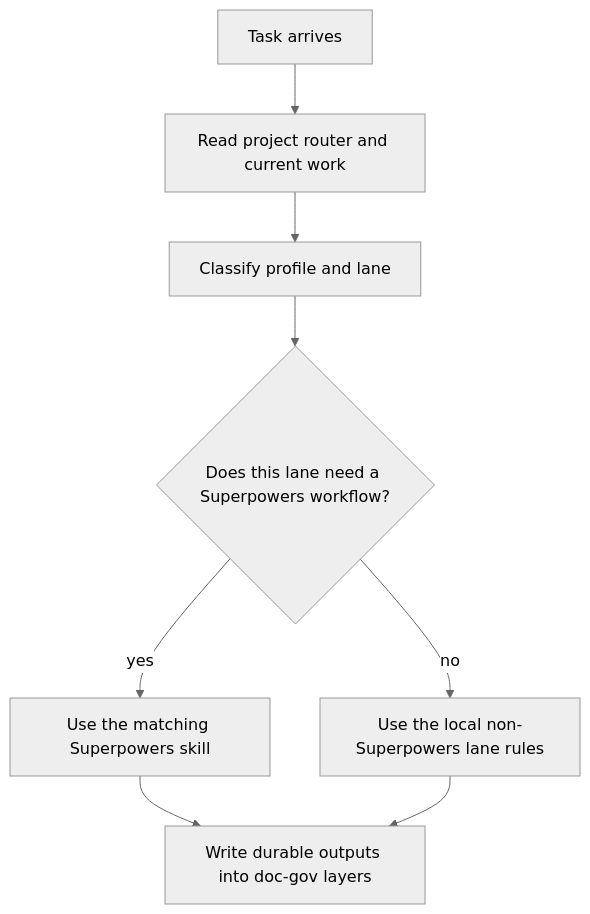
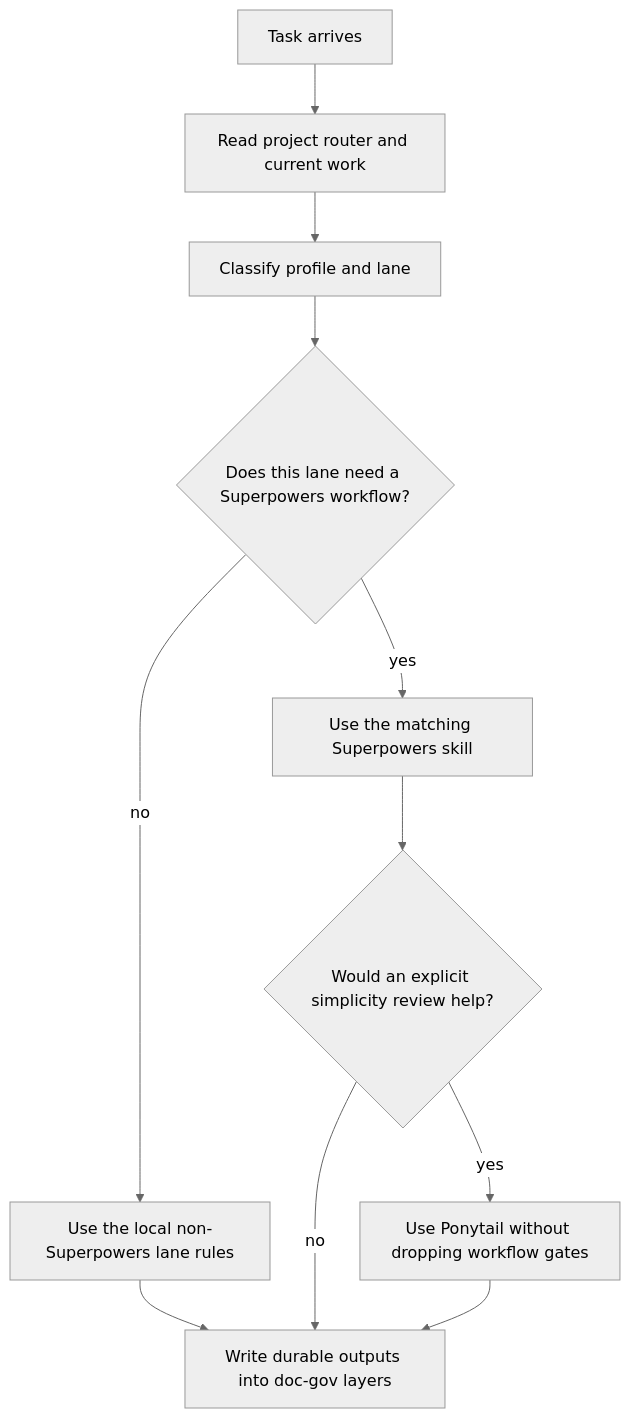
Before and after one commit to PieAIStudio/ProjectGovernanceSystem: the diagram in integrations/superpowers.md, drawn with Mermaid (neutral theme). The commit also changed other lines of this file and 12 other files, not shown here.

````diff
--- a/integrations/superpowers.md
+++ b/integrations/superpowers.md
@@ -37,10 +59,13 @@
 ```mermaid
 flowchart TD
   A["Task arrives"] --> B["Read project router and current work"]
   B --> C["Classify profile and lane"]
   C --> D{"Does this lane need a Superpowers workflow?"}
   D -- "yes" --> E["Use the matching Superpowers skill"]
   D -- "no" --> F["Use the local non-Superpowers lane rules"]
-  E --> G["Write durable outputs into doc-gov layers"]
-  F --> G
+  E --> G{"Would an explicit simplicity review help?"}
+  F --> H["Write durable outputs into doc-gov layers"]
+  G -- "yes" --> I["Use Ponytail without dropping workflow gates"]
+  G -- "no" --> H
+  I --> H
 ```
````
